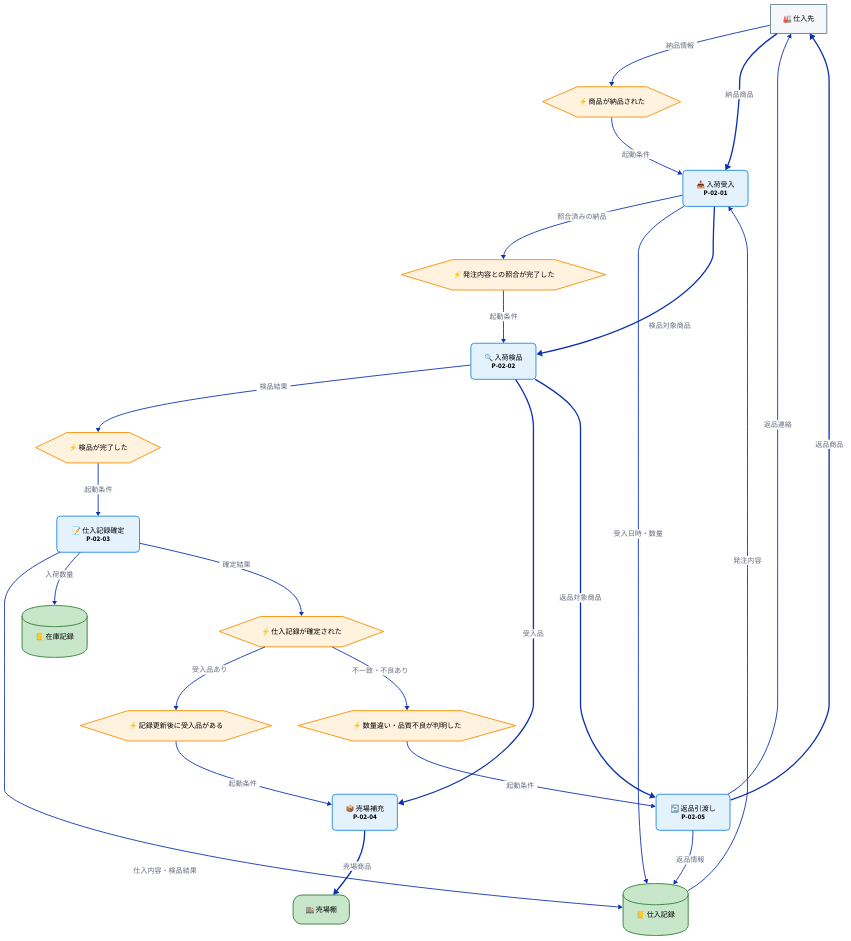
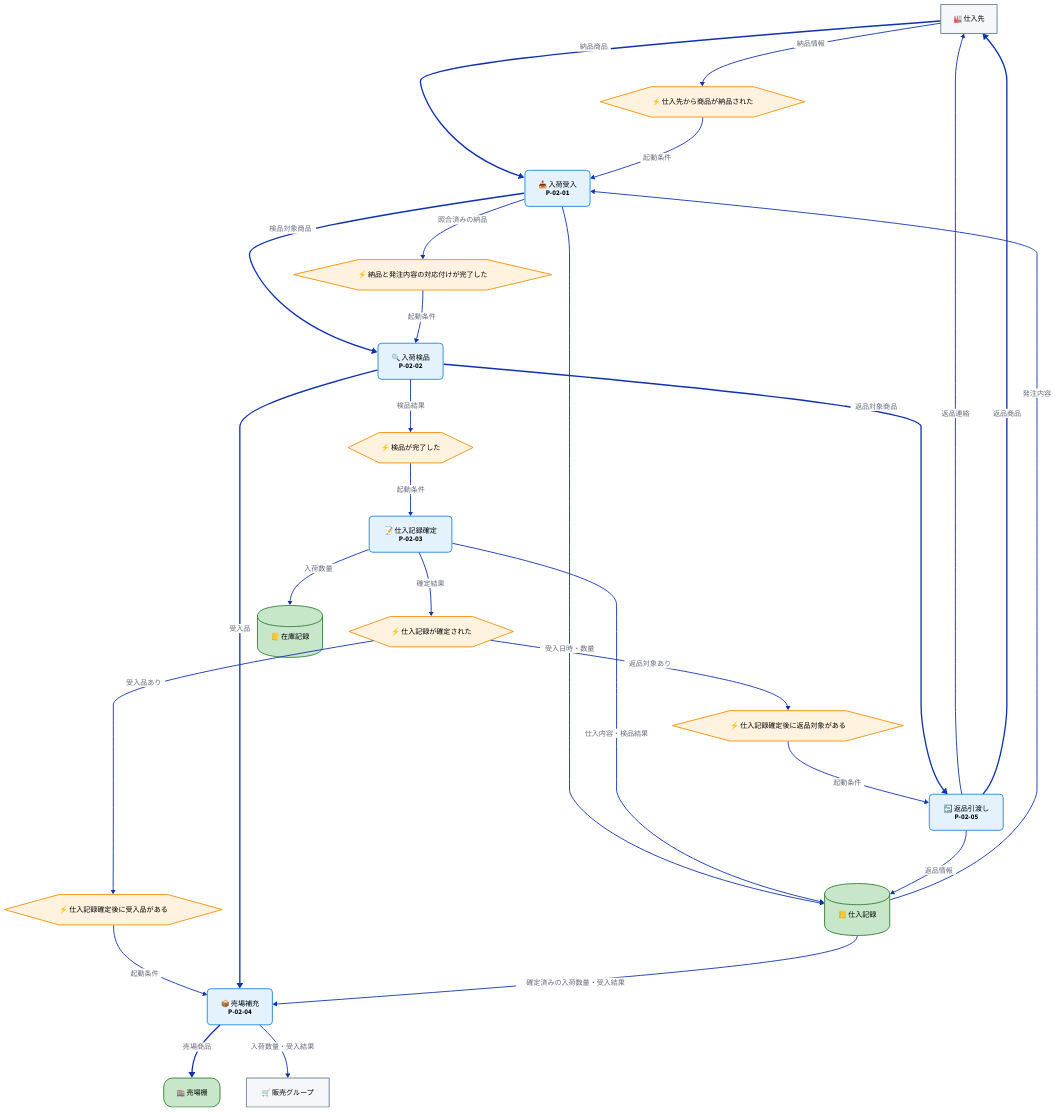
Before and after one commit to specdojo/specdojo: the second of 2 diagrams in docs/ja/specdojo/samples/cdfd-sample.md, drawn with D2. The commit also changed other lines of this file and 5 other files, not shown here.

```diff
--- a/docs/ja/specdojo/samples/cdfd-sample.md
+++ b/docs/ja/specdojo/samples/cdfd-sample.md
@@ -207,11 +190,12 @@
 }
 
 supplier: "🏭 仕入先" { class: actor }
-goods_delivered: "⚡ 商品が納品された" { class: event }
-order_matched: "⚡ 発注内容との照合が完了した" { class: event }
+sales_group: "🛒 販売グループ" { class: actor }
+goods_delivered: "⚡ 仕入先から商品が納品された" { class: event }
+order_matched: "⚡ 納品と発注内容の対応付けが完了した" { class: event }
 inspection_done: "⚡ 検品が完了した" { class: event }
-accepted_goods_exist: "⚡ 記録更新後に受入品がある" { class: event }
-rejected_goods_found: "⚡ 数量違い・品質不良が判明した" { class: event }
+accepted_goods_exist: "⚡ 仕入記録確定後に受入品がある" { class: event }
+rejected_goods_found: "⚡ 仕入記録確定後に返品対象がある" { class: event }
 record_confirmed: "⚡ 仕入記録が確定された" { class: event }
 receiving: "📥 入荷受入\nP-02-01" { class: process }
 inspection: "🔍 入荷検品\nP-02-02" { class: process }
@@ -240,8 +224,10 @@
 accepted_goods_exist -> shelf_replenishment: "起動条件"
 inspection -> shelf_replenishment: "受入品" { class: material_flow }
 shelf_replenishment -> display_shelf: "売場商品" { class: material_flow }
+shelf_replenishment <- purchase_record: "確定済みの入荷数量・受入結果"
+shelf_replenishment -> sales_group: "入荷数量・受入結果"
 
-record_confirmed -> rejected_goods_found: "不一致・不良あり"
+record_confirmed -> rejected_goods_found: "返品対象あり"
 rejected_goods_found -> return_handover: "起動条件"
 inspection -> return_handover: "返品対象商品" { class: material_flow }
 return_handover -> purchase_record: "返品情報"
```
